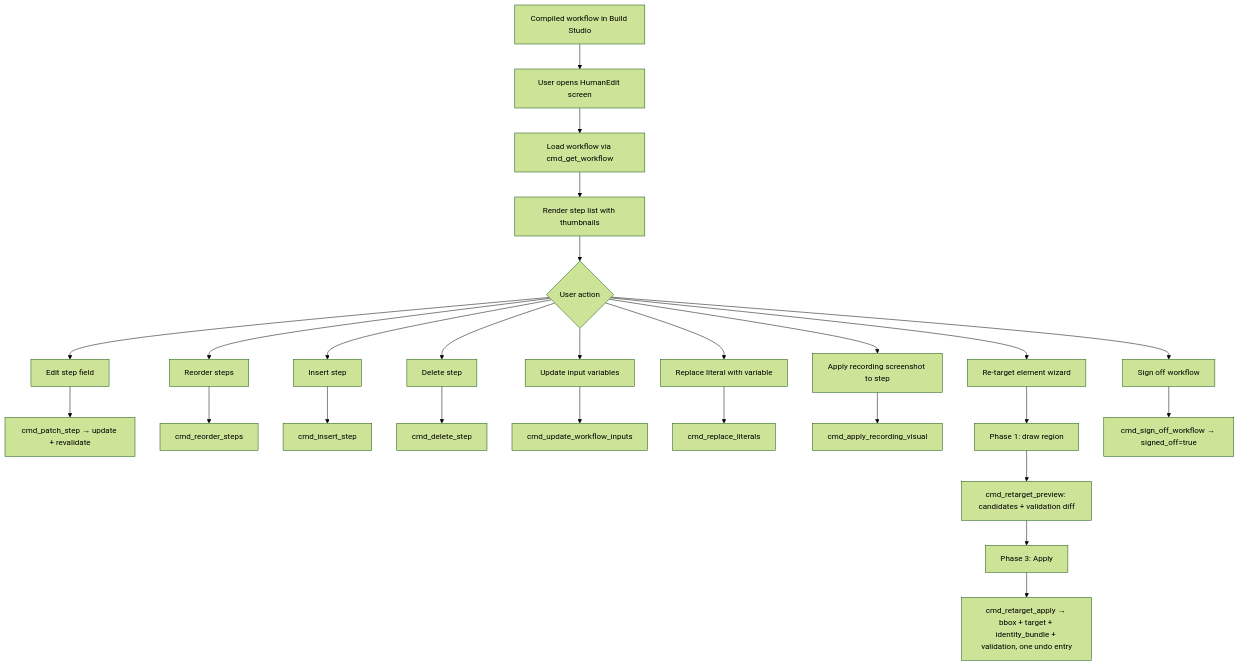
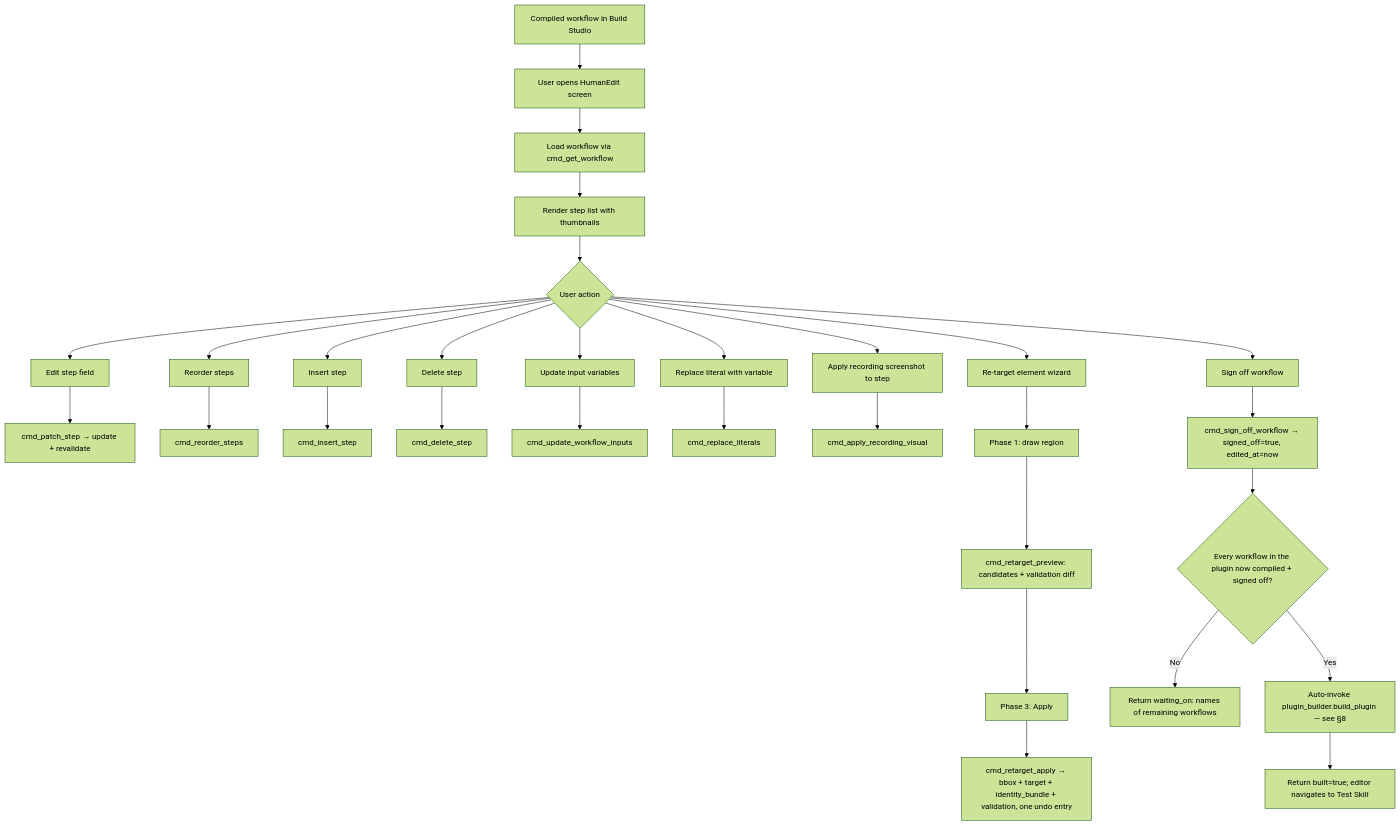
Before and after one commit to Cannonbold2412/CONXA: the seventh of 17 diagrams in docs/App-Flow.md, drawn with Mermaid (forest theme). The commit also changed other lines of this file and 5 other files, not shown here.

````diff
--- a/docs/App-Flow.md
+++ b/docs/App-Flow.md
@@ -205,16 +206,19 @@
 ```mermaid
 flowchart TD
     A[Compiled workflow in Build Studio] --> B[User opens HumanEdit screen]
     B --> C[Load workflow via cmd_get_workflow]
     C --> D[Render step list with thumbnails]
     D --> E{User action}
     E --> F[Edit step field] --> G[cmd_patch_step → update + revalidate]
     E --> H[Reorder steps] --> I[cmd_reorder_steps]
     E --> J[Insert step] --> K[cmd_insert_step]
     E --> L[Delete step] --> M[cmd_delete_step]
     E --> N[Update input variables] --> O[cmd_update_workflow_inputs]
     E --> P[Replace literal with variable] --> Q[cmd_replace_literals]
     E --> R[Apply recording screenshot to step] --> S[cmd_apply_recording_visual]
     E --> T[Re-target element wizard] --> T1[Phase 1: draw region] --> T2[cmd_retarget_preview: candidates + validation diff] --> T3[Phase 3: Apply] --> T4[cmd_retarget_apply → bbox + target + identity_bundle + validation, one undo entry]
-    E --> V[Sign off workflow] --> W[cmd_sign_off_workflow → signed_off=true]
+    E --> V[Sign off workflow] --> W[cmd_sign_off_workflow → signed_off=true, edited_at=now]
+    W --> X{Every workflow in the plugin now compiled + signed off?}
+    X -->|No| Y[Return waiting_on: names of remaining workflows]
+    X -->|Yes| Z[Auto-invoke plugin_builder.build_plugin — see §8] --> AA[Return built=true; editor navigates to Test Skill]
 ```
````
